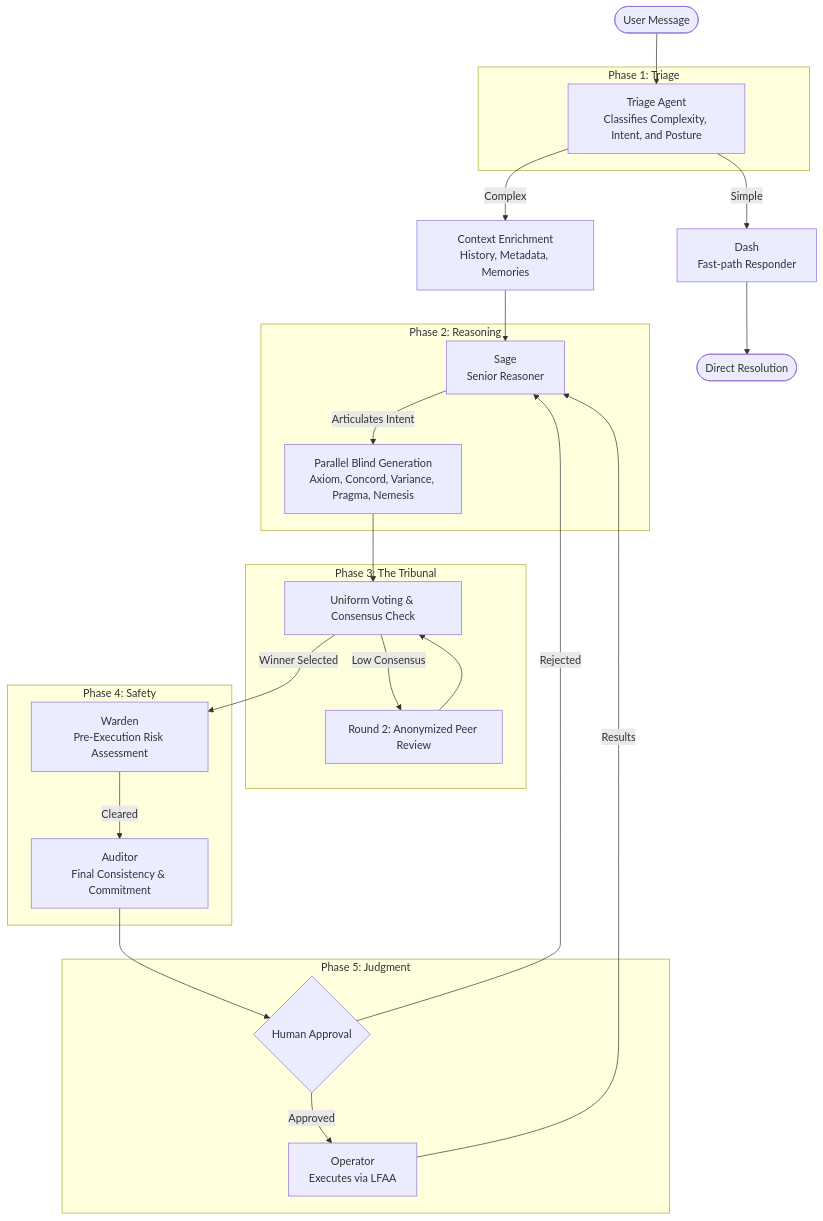
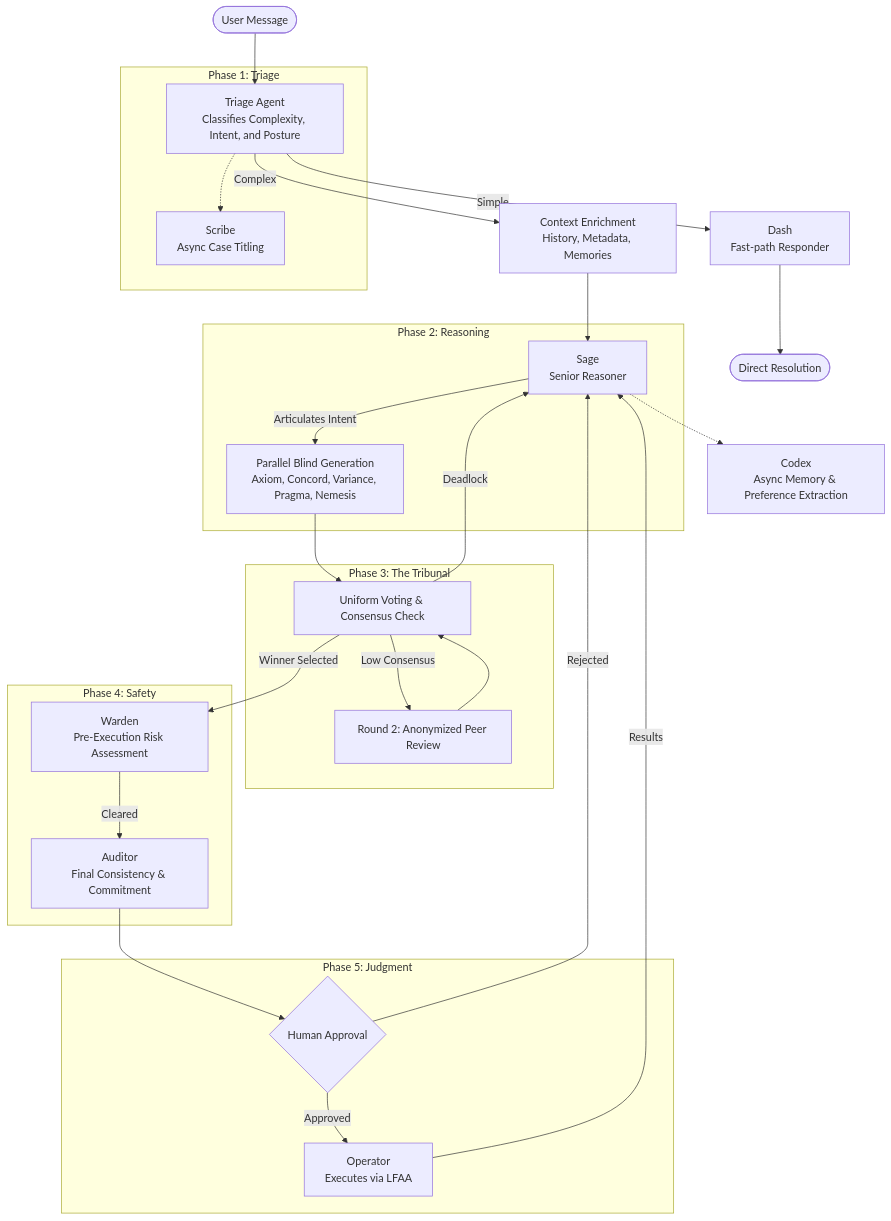
One commit to g8e-ai/g8e changed the first of 2 diagrams in README.md. Above: the diagram before and after it, drawn with Mermaid. The commit also changed other lines of this file and 49 other files, not shown here.

````diff
--- a/README.md
+++ b/README.md
@@ -53,41 +53,47 @@
 ```mermaid
 flowchart TD
     User([User Message]) --> Triage
 
     subgraph Phase_1 [Phase 1: Triage]
         Triage[Triage Agent<br>Classifies Complexity, Intent, and Posture]
+        Scribe[Scribe<br>Async Case Titling]
+        Triage -.-> Scribe
     end
 
     Triage -- "Simple" --> Dash[Dash<br>Fast-path Responder]
     Dash --> Output([Direct Resolution])
 
     Triage -- "Complex" --> Context[Context Enrichment<br>History, Metadata, Memories]
     Context --> Sage[Sage<br>Senior Reasoner]
+
+    Codex[Codex<br>Async Memory & Preference Extraction]
+    Sage -.-> Codex
 
     subgraph Phase_2 [Phase 2: Reasoning]
         Sage -- "Articulates Intent" --> Tribunal
     end
 
     subgraph Phase_3 [Phase 3: The Tribunal]
         Tribunal[Parallel Blind Generation<br>Axiom, Concord, Variance, Pragma, Nemesis]
         Tribunal --> Consensus[Uniform Voting & Consensus Check]
         Consensus -- "Low Consensus" --> R2[Round 2: Anonymized Peer Review]
         R2 --> Consensus
+        Consensus -- "Deadlock" --> Sage
     end
 
     Consensus -- "Winner Selected" --> Warden
 
     subgraph Phase_4 [Phase 4: Safety]
         Warden[Warden<br>Pre-Execution Risk Assessment]
         Warden -- "Cleared" --> Auditor
     end
 
     subgraph Phase_5 [Phase 5: Judgment]
         Auditor[Auditor<br>Final Consistency & Commitment]
         Auditor --> Human{Human Approval}
         Human -- "Approved" --> Operator[Operator<br>Executes via LFAA]
         Operator -- "Results" --> Sage
     end
 
     Human -- "Rejected" --> Sage
 ```
````
